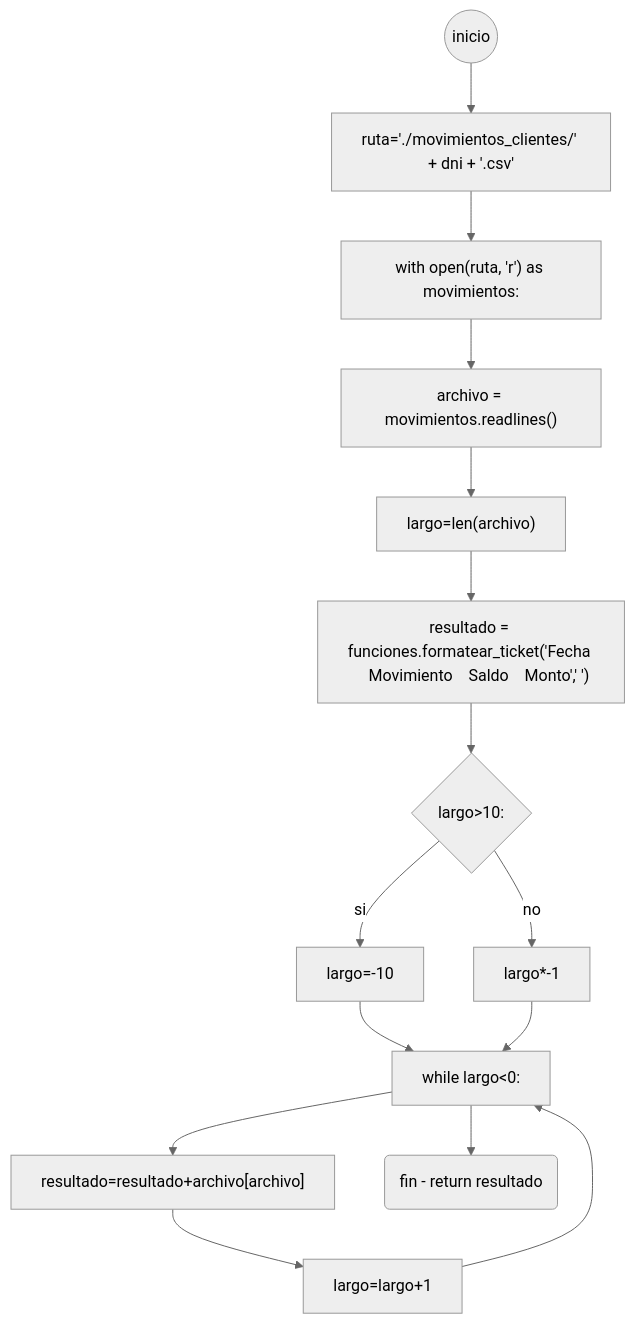
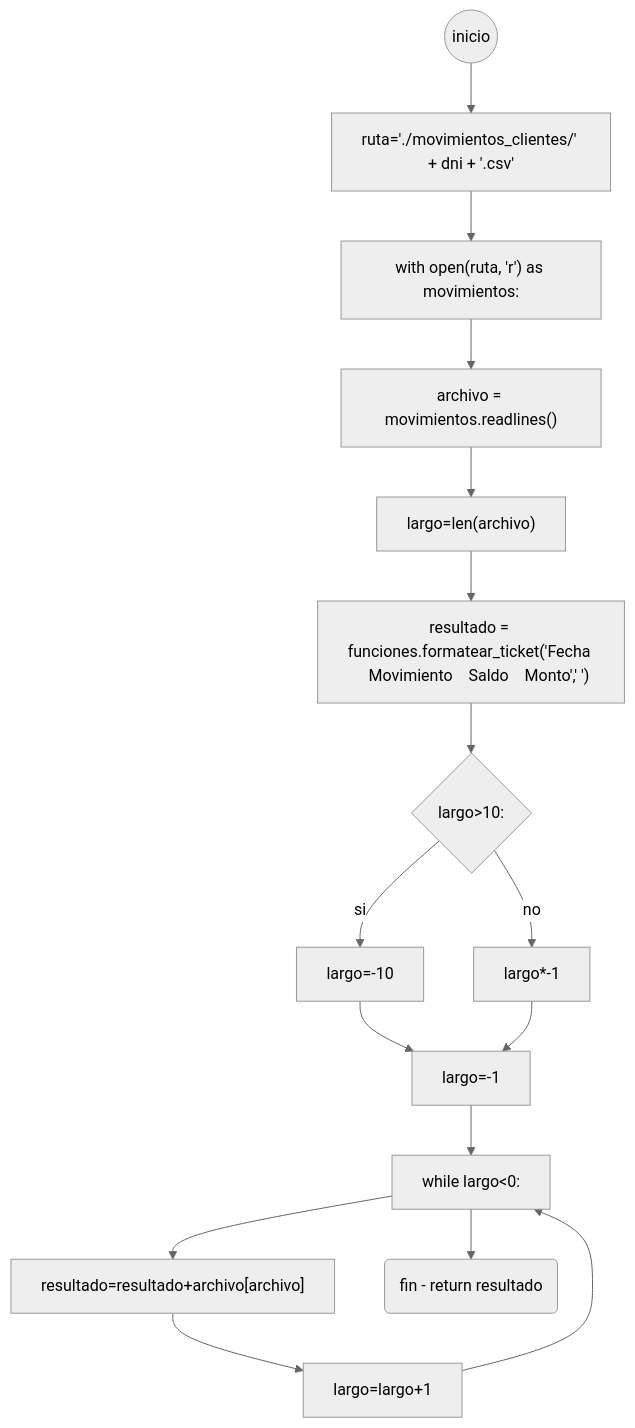
One commit to alt165/tp8 changed the seventh of 30 diagrams in Diagramas de flujo y grafos de complejidad ciclomatica.md. Above: the diagram before and after it, drawn with Mermaid (neutral theme). The commit also changed other lines of this file, not shown here.

Commit message:
Update Diagramas de flujo y grafos de complejidad ciclomatica.md

````diff
--- a/Diagramas de flujo y grafos de complejidad ciclomatica.md
+++ b/Diagramas de flujo y grafos de complejidad ciclomatica.md
@@ -158,17 +125,18 @@
 ```mermaid
 graph 
 a((inicio))-->b["ruta='./movimientos_clientes/' + dni + '.csv'"]
 b-->c["with open(ruta, 'r') as movimientos:"]
 c-->d["archivo = movimientos.readlines()"]
 d-->f["largo=len(archivo)"]
 f-->g["resultado = funciones.formatear_ticket('Fecha     Movimiento    Saldo    Monto',' ')"]
 g-->h{largo>10:}
 h-->|si|i[largo=-10]
 h-->|no|j[largo*-1]
-i-->k[while largo<0:]
-j-->k
+i-->z[largo=-1]
+z-->k[while largo<0:]
+j-->z
 k-->l["resultado=resultado+archivo[archivo]"]
 l-->m[largo=largo+1]
 m-->k
 k-->n(fin - return resultado)
 ```
````
